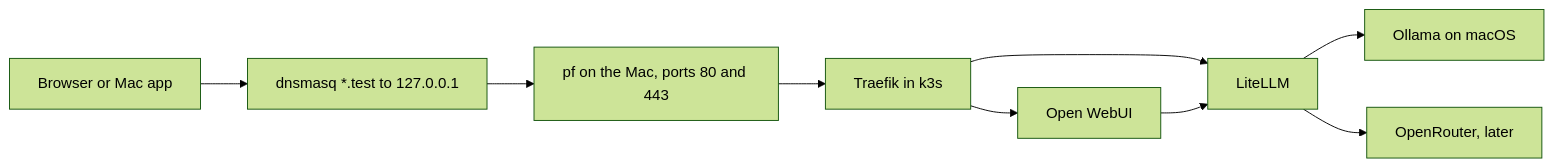
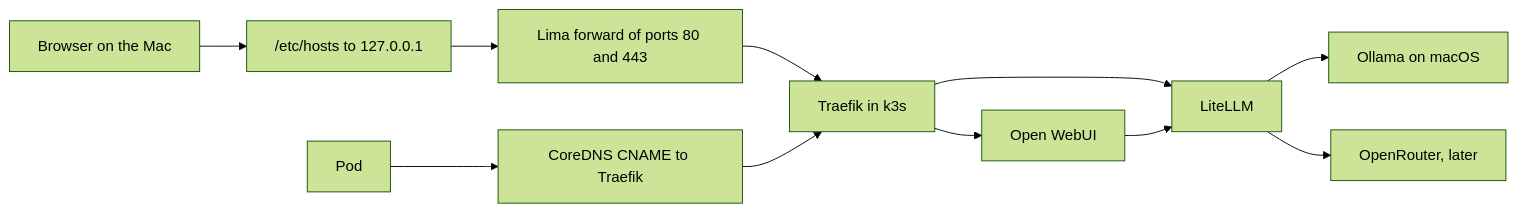
The diagram in ARCHITECTURE.md (denis-rodionov/local-ai-setup), drawn with Mermaid (forest theme) before and after one commit. The commit also changed other lines of this file and 4 other files, not shown here.

Commit message:
Record the .test DNS and CA setup so a new Mac can repeat it.

````diff
--- a/ARCHITECTURE.md
+++ b/ARCHITECTURE.md
@@ -67,18 +72,21 @@
 ```mermaid
 flowchart LR
-  browser["Browser or Mac app"]
-  dns["dnsmasq *.test to 127.0.0.1"]
-  pf["pf on the Mac, ports 80 and 443"]
+  browser["Browser on the Mac"]
+  hosts["/etc/hosts to 127.0.0.1"]
+  lima["Lima forward of ports 80 and 443"]
   traefik["Traefik in k3s"]
+  pod["Pod"]
+  coredns["CoreDNS CNAME to Traefik"]
   webui["Open WebUI"]
   proxy["LiteLLM"]
   ollama["Ollama on macOS"]
   cloud["OpenRouter, later"]
 
-  browser --> dns --> pf --> traefik
+  browser --> hosts --> lima --> traefik
+  pod --> coredns --> traefik
   traefik --> webui
   traefik --> proxy
   webui --> proxy
   proxy --> ollama
   proxy --> cloud
 ```
````
